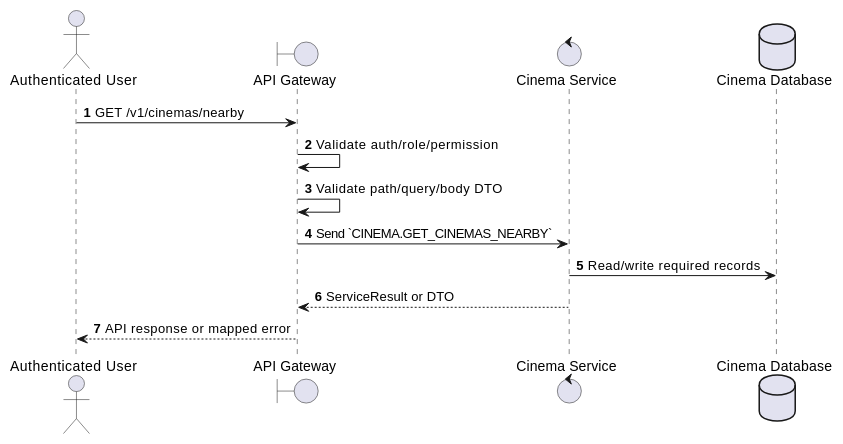
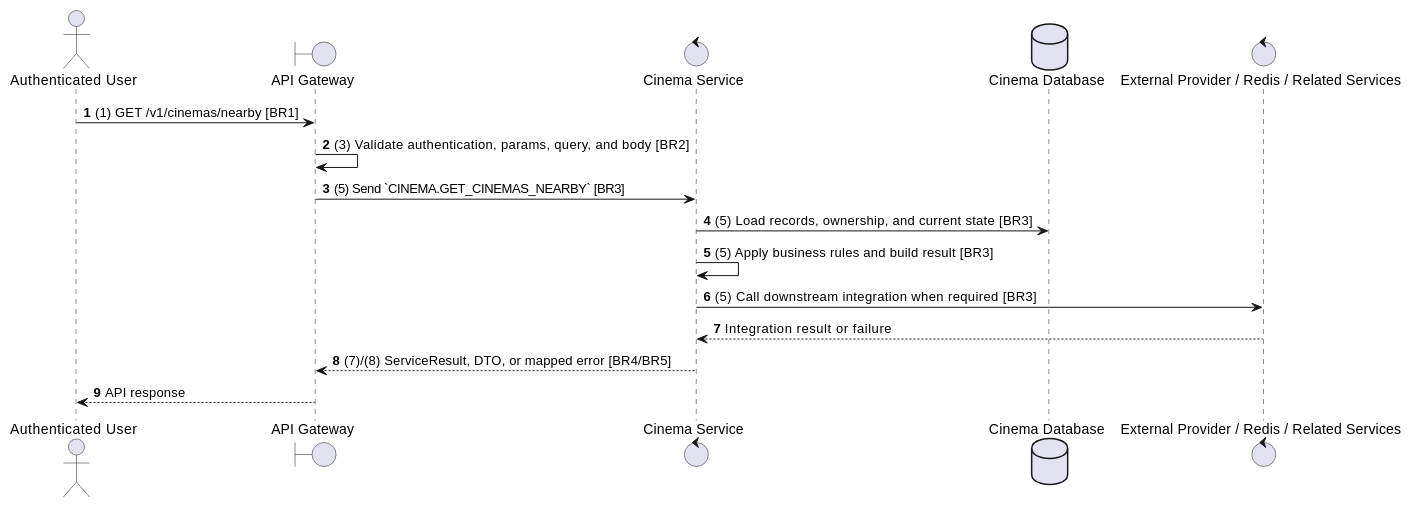
Before and after one commit to Tanh1603/movie-hub-architecture: the second of 2 diagrams in docs/functional_specs/3.2.1_Cinema_Management/CM-06_Search_Cinemas_Nearby.md, drawn with PlantUML. The commit also changed other lines of this file and 129 other files, not shown here.

````diff
--- a/docs/functional_specs/3.2.1_Cinema_Management/CM-06_Search_Cinemas_Nearby.md
+++ b/docs/functional_specs/3.2.1_Cinema_Management/CM-06_Search_Cinemas_Nearby.md
@@ -17,17 +64,20 @@
 ```plantuml
 @startuml
 autonumber
 actor "Authenticated User" as Actor
 boundary "API Gateway" as GW
 control "Cinema Service" as SVC
 database "Cinema Database" as DB
+control "External Provider / Redis / Related Services" as EXT
 
-Actor -> GW: GET /v1/cinemas/nearby
-GW -> GW: Validate auth/role/permission
-GW -> GW: Validate path/query/body DTO
-GW -> SVC: Send `CINEMA.GET_CINEMAS_NEARBY`
-SVC -> DB: Read/write required records
-SVC --> GW: ServiceResult or DTO
-GW --> Actor: API response or mapped error
+Actor -> GW: (1) GET /v1/cinemas/nearby [BR1]
+GW -> GW: (3) Validate authentication, params, query, and body [BR2]
+GW -> SVC: (5) Send `CINEMA.GET_CINEMAS_NEARBY` [BR3]
+SVC -> DB: (5) Load records, ownership, and current state [BR3]
+SVC -> SVC: (5) Apply business rules and build result [BR3]
+SVC -> EXT: (5) Call downstream integration when required [BR3]
+EXT --> SVC: Integration result or failure
+SVC --> GW: (7)/(8) ServiceResult, DTO, or mapped error [BR4/BR5]
+GW --> Actor: API response
 @enduml
 ```
````
